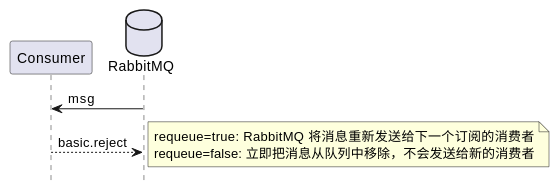
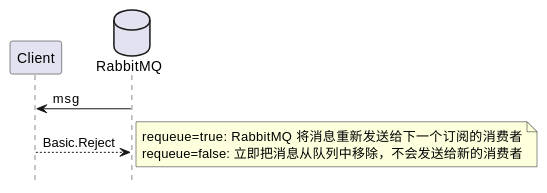
One commit to ruanhao/basset changed the third of 3 diagrams in midwares/rabbitmq.org. Above: the diagram before and after it, drawn with PlantUML. The commit also changed other lines of this file and 15 other files, not shown here.

```diff
--- a/midwares/rabbitmq.org
+++ b/midwares/rabbitmq.org
@@ -80,12 +174,12 @@
 #+BEGIN_SRC plantuml :file img/rabbitmq_reject.png :eval never-export
   hide footbox
-  participant Consumer as c
+  participant Client as c
   database RabbitMQ as q
 
   q -> c : msg
-  c --> q : basic.reject
+  c --> q : Basic.Reject
   note right
   requeue=true:  RabbitMQ 将消息重新发送给下一个订阅的消费者
   requeue=false: 立即把消息从队列中移除，不会发送给新的消费者
   end note
 #+END_SRC
```
